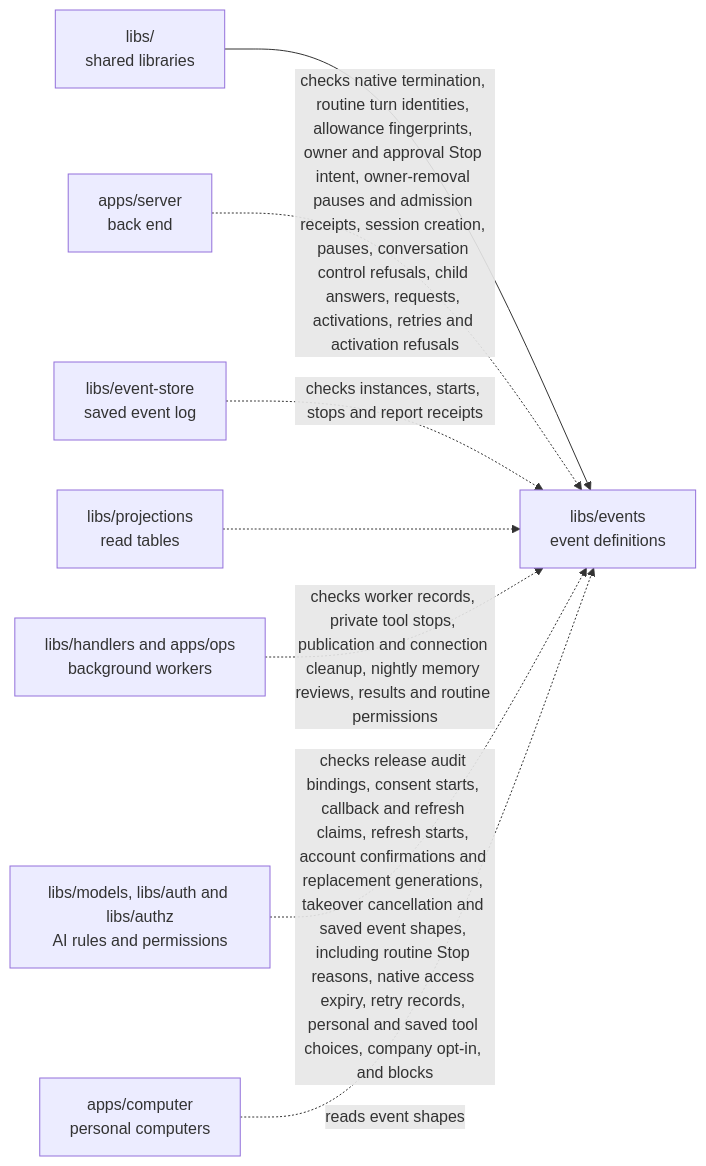
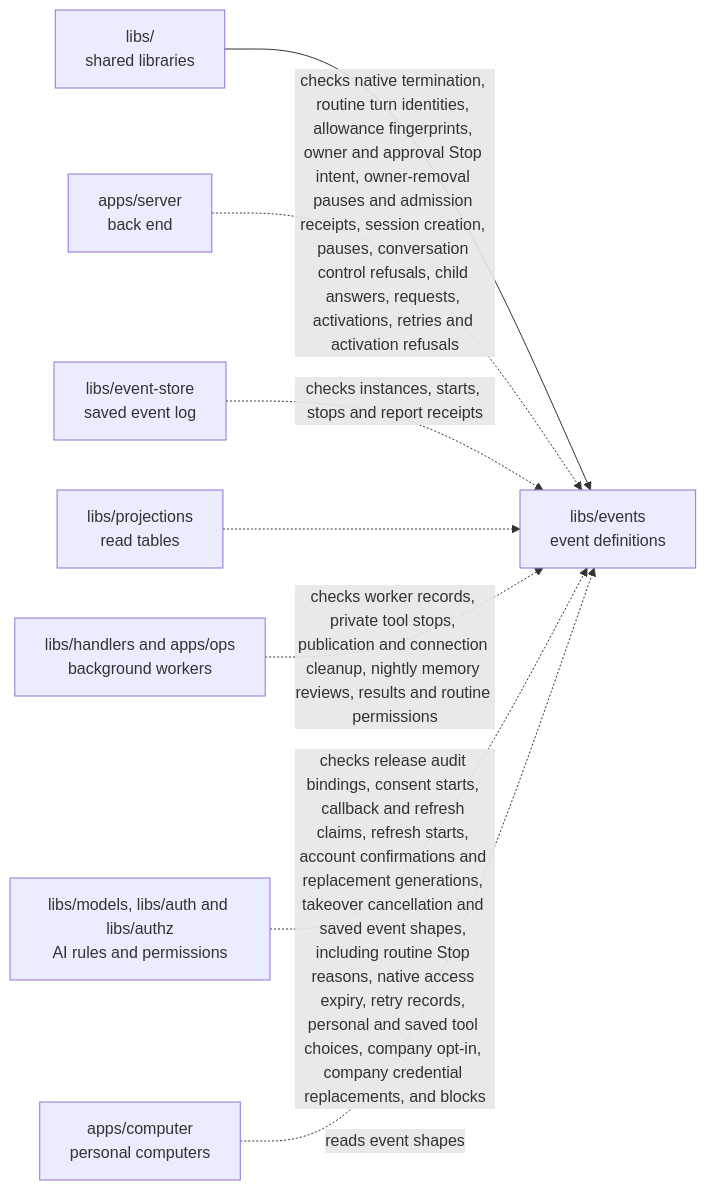
One commit to elewa-git/opencrane-new changed the diagram in libs/events/README.md. Above: the diagram before and after it, drawn with Mermaid. The commit also changed other lines of this file and 13 other files, not shown here.

````diff
--- a/libs/events/README.md
+++ b/libs/events/README.md
@@ -43,10 +43,10 @@
 ```mermaid
 flowchart LR
   parent["libs/<br/>shared libraries"] --> events["libs/events<br/>event definitions"]
   server["apps/server<br/>back end"] -.->|checks native termination, routine turn identities, allowance fingerprints, owner and approval Stop intent, owner-removal pauses and admission receipts, session creation, pauses, conversation control refusals, child answers, requests, activations, retries and activation refusals| events
   store["libs/event-store<br/>saved event log"] -.->|checks instances, starts, stops and report receipts| events
   projections["libs/projections<br/>read tables"] -.-> events
   workers["libs/handlers and apps/ops<br/>background workers"] -.->|checks worker records, private tool stops, publication and connection cleanup, nightly memory reviews, results and routine permissions| events
-  models["libs/models, libs/auth and libs/authz<br/>AI rules and permissions"] -.->|checks release audit bindings, consent starts, callback and refresh claims, refresh starts, account confirmations and replacement generations, takeover cancellation and saved event shapes, including routine Stop reasons, native access expiry, retry records, personal and saved tool choices, company opt-in, and blocks| events
+  models["libs/models, libs/auth and libs/authz<br/>AI rules and permissions"] -.->|checks release audit bindings, consent starts, callback and refresh claims, refresh starts, account confirmations and replacement generations, takeover cancellation and saved event shapes, including routine Stop reasons, native access expiry, retry records, personal and saved tool choices, company opt-in, company credential replacements, and blocks| events
   computer["apps/computer<br/>personal computers"] -.->|reads event shapes| events
 ```
````
